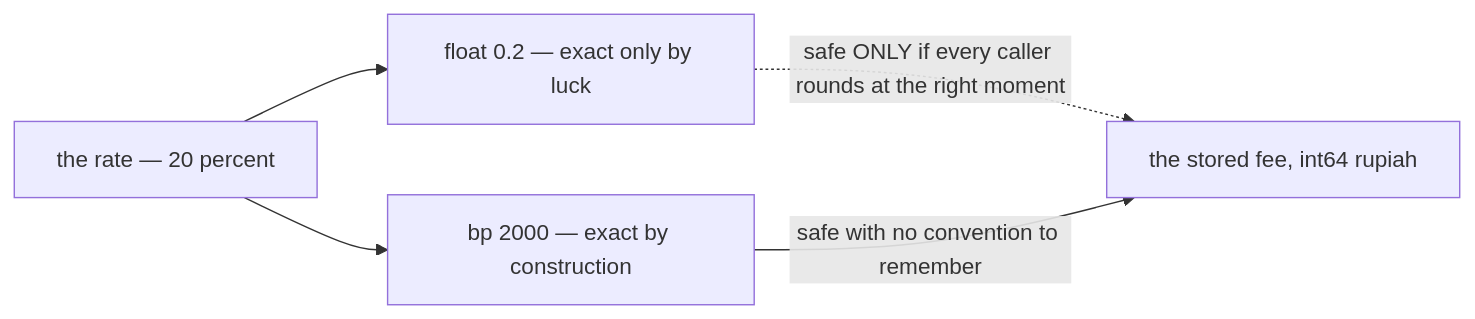
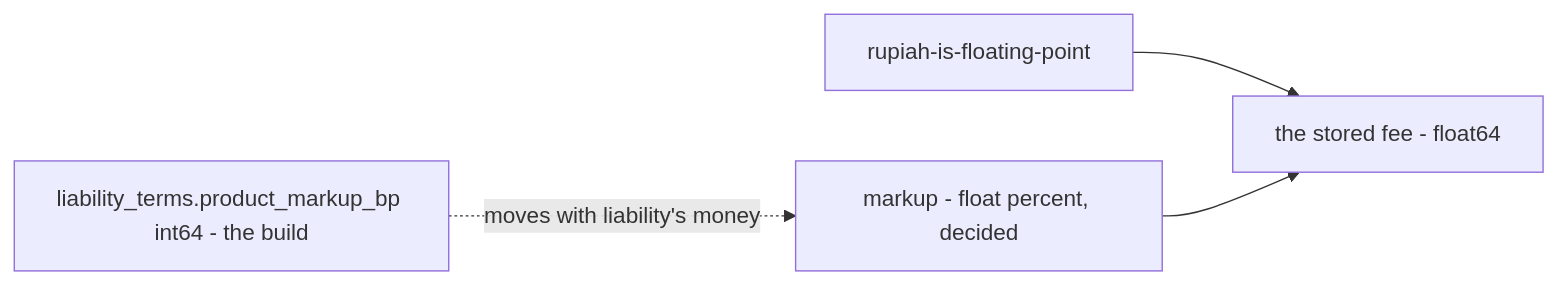
Before and after one commit to pdcgo/warehouse_revamp: the eighth of 8 diagrams in docs/technical/balance/team_balance_design_clarify.md, drawn with Mermaid. The commit also changed other lines of this file and 6 other files, not shown here.

First line of the commit message:
docs: money is float everywhere — template default, and the int64 sweep

````diff
--- a/docs/technical/balance/team_balance_design_clarify.md
+++ b/docs/technical/balance/team_balance_design_clarify.md
@@ -625,7 +623,6 @@
 ```mermaid
 flowchart LR
-  R["the rate — 20 percent"] --> F["float 0.2 — exact only by luck"]
-  R --> B["bp 2000 — exact by construction"]
-  F -.->|"safe ONLY if every caller rounds at the right moment"| M["the stored fee, int64 rupiah"]
-  B -->|"safe with no convention to remember"| M
+  D["rupiah-is-floating-point"] --> M["the stored fee - float64"]
+  R["markup - float percent, decided"] --> M
+  C["liability_terms.product_markup_bp int64 - the build"] -.->|"moves with liability's money"| R
 ```
````
